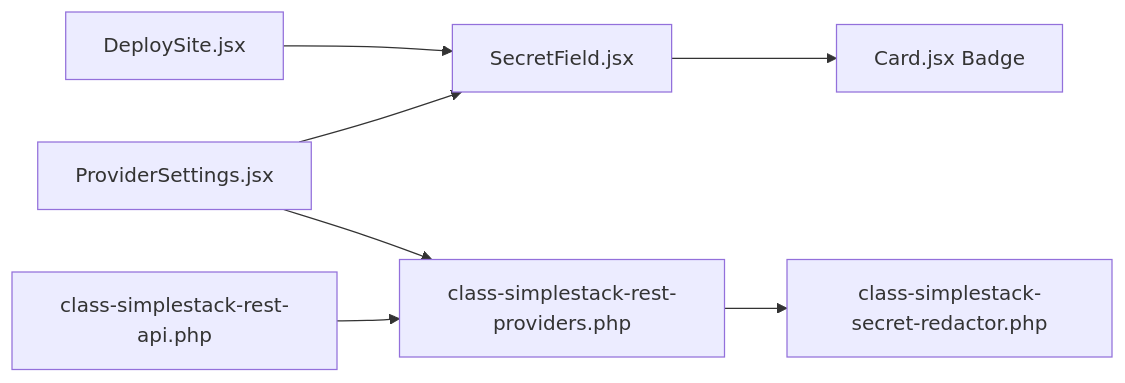
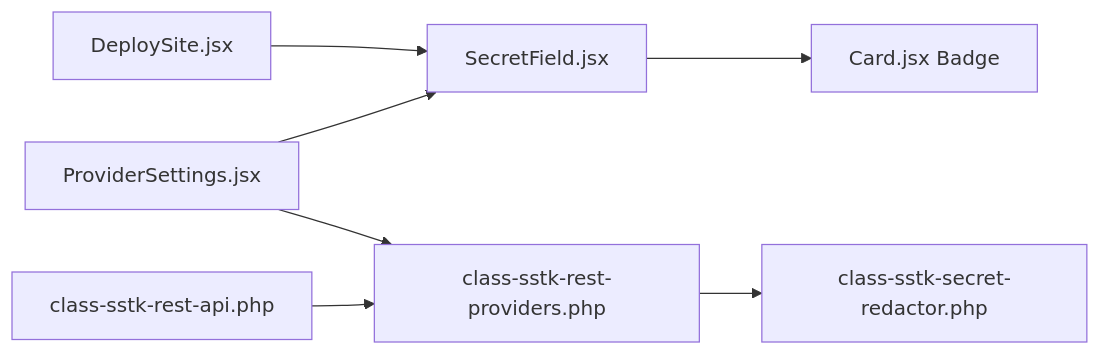
Before and after one commit to onedogsolutions/simple-stack: the seventh of 7 diagrams in .qoder/repowiki/en/content/React Admin Interface/UI Components Library/SecretField Component.md, drawn with Mermaid. The commit also changed other lines of this file and 5941 other files, not shown here.

````diff
--- a/.qoder/repowiki/en/content/React Admin Interface/UI Components Library/SecretField Component.md
+++ b/.qoder/repowiki/en/content/React Admin Interface/UI Components Library/SecretField Component.md
@@ -266,9 +266,9 @@
 ```mermaid
 graph LR
 SecretField["SecretField.jsx"] --> CardBadge["Card.jsx Badge"]
 DeploySite["DeploySite.jsx"] --> SecretField
 ProviderSettings["ProviderSettings.jsx"] --> SecretField
-ProviderSettings --> ProvidersController["class-simplestack-rest-providers.php"]
-ProvidersController --> SecretRedactor["class-simplestack-secret-redactor.php"]
-RestApi["class-simplestack-rest-api.php"] --> ProvidersController
+ProviderSettings --> ProvidersController["class-sstk-rest-providers.php"]
+ProvidersController --> SecretRedactor["class-sstk-secret-redactor.php"]
+RestApi["class-sstk-rest-api.php"] --> ProvidersController
 ```
````
